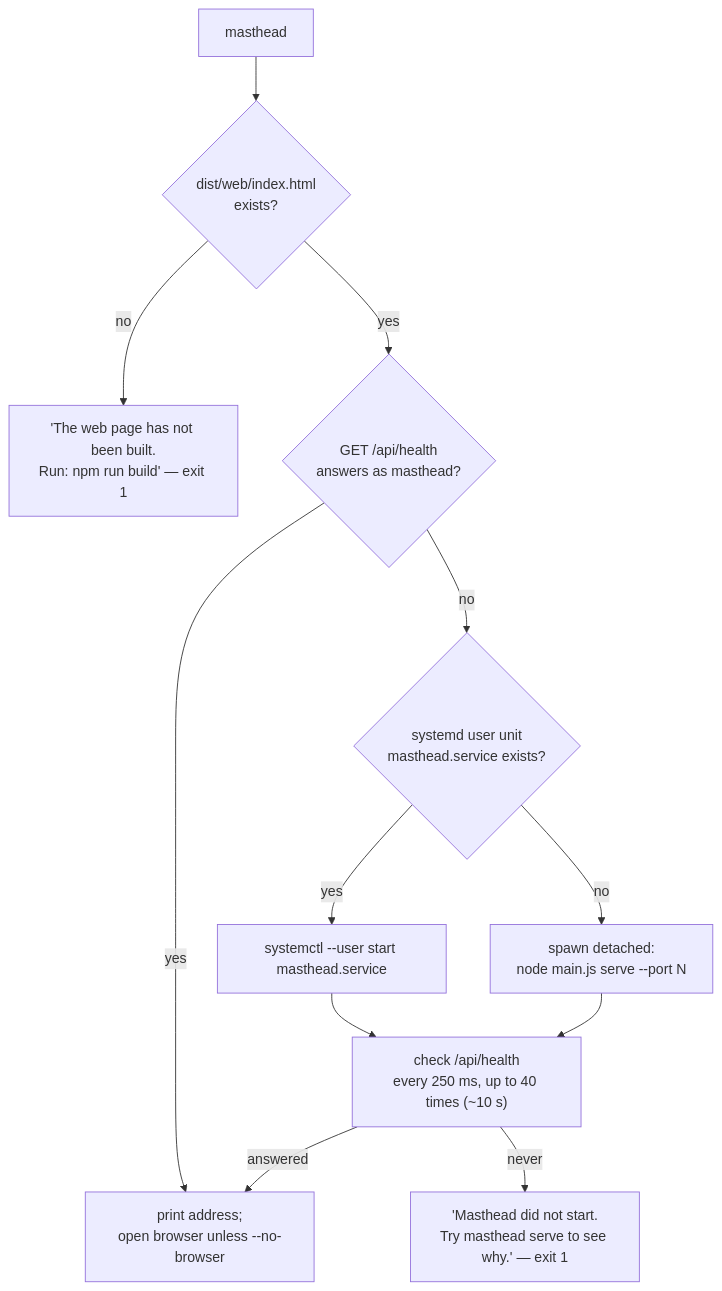
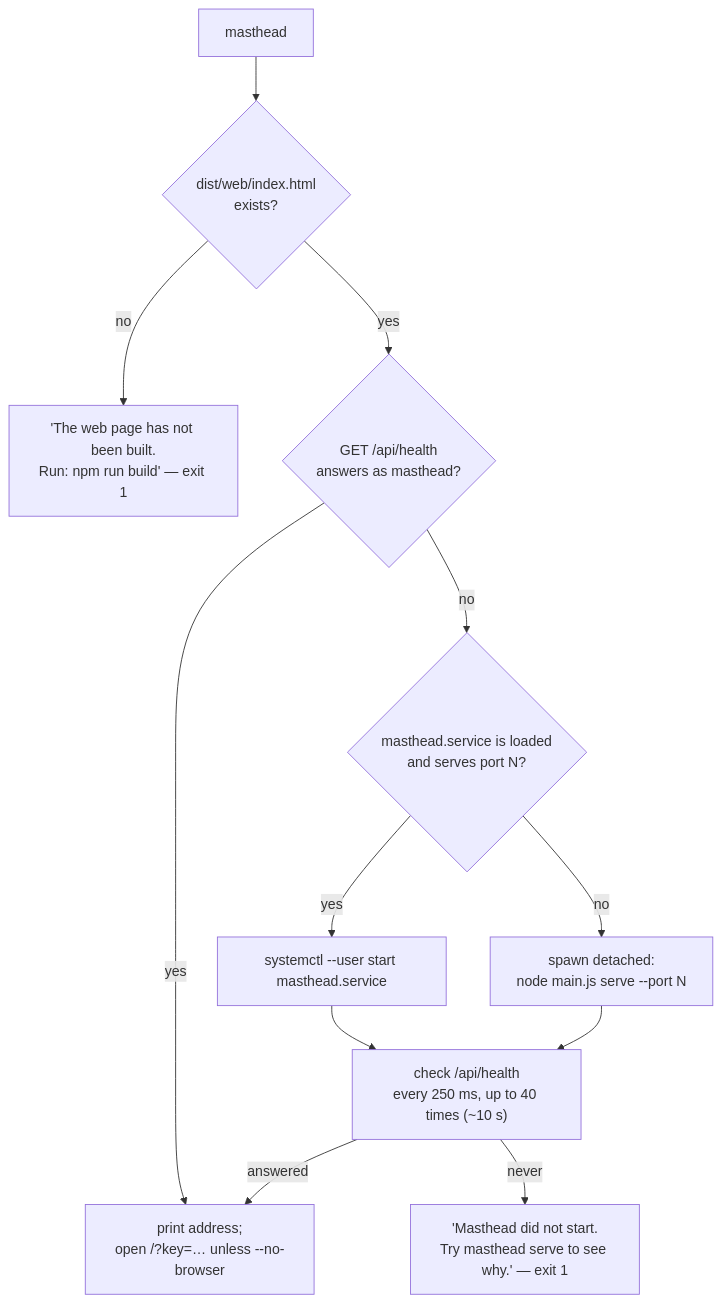
Before and after one commit to Luxorium/masthead: the diagram in docs/wiki/Command-Line-Launcher.md, drawn with Mermaid. The commit also changed other lines of this file and 71 other files, not shown here.

````diff
--- a/docs/wiki/Command-Line-Launcher.md
+++ b/docs/wiki/Command-Line-Launcher.md
@@ -26,14 +26,14 @@
 ```mermaid
 flowchart TD
   A[masthead] --> B{"dist/web/index.html<br/>exists?"}
   B -- no --> B1["'The web page has not been built.<br/>Run: npm run build' — exit 1"]
   B -- yes --> C{"GET /api/health<br/>answers as masthead?"}
   C -- yes --> OK
-  C -- no --> D{"systemd user unit<br/>masthead.service exists?"}
+  C -- no --> D{"masthead.service is loaded<br/>and serves port N?"}
   D -- yes --> E["systemctl --user start masthead.service"]
   D -- no --> F["spawn detached:<br/>node main.js serve --port N"]
   E --> W["check /api/health<br/>every 250 ms, up to 40 times (~10 s)"]
   F --> W
-  W -- answered --> OK["print address;<br/>open browser unless --no-browser"]
+  W -- answered --> OK["print address;<br/>open /?key=… unless --no-browser"]
   W -- never --> X["'Masthead did not start.<br/>Try masthead serve to see why.' — exit 1"]
 ```
````
